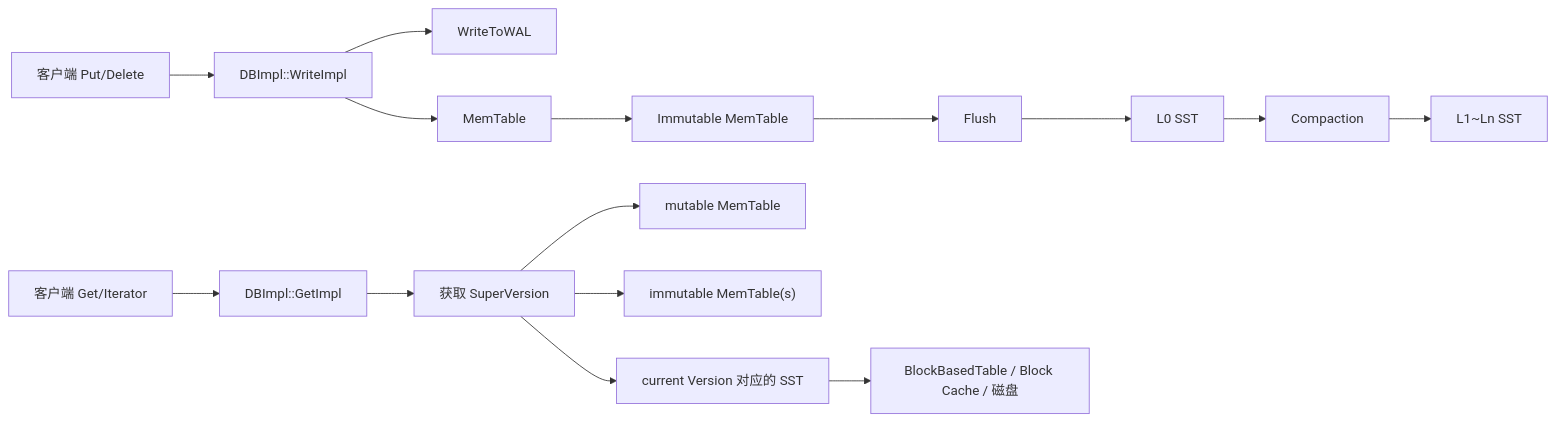
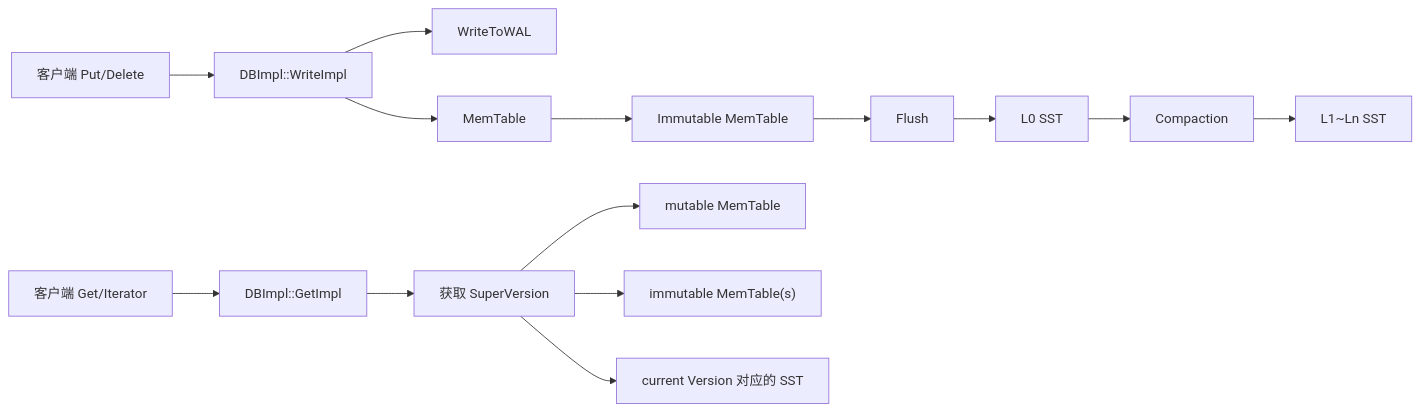
Before and after one commit to Dog-Du/Dog-Du.github.io: the first of 2 diagrams in content/posts/learning-rocksdb-day001-2026-04-01-architecture-and-lsm-tree.md, drawn with Mermaid. The commit also changed other lines of this file and 3 other files, not shown here.

````diff
--- a/content/posts/learning-rocksdb-day001-2026-04-01-architecture-and-lsm-tree.md
+++ b/content/posts/learning-rocksdb-day001-2026-04-01-architecture-and-lsm-tree.md
@@ -75,18 +58,17 @@
 ```mermaid
 flowchart LR
     A["客户端 Put/Delete"] --> B["DBImpl::WriteImpl"]
     B --> C["WriteToWAL"]
     B --> D["MemTable"]
     D --> E["Immutable MemTable"]
     E --> F["Flush"]
     F --> G["L0 SST"]
     G --> H["Compaction"]
     H --> I["L1~Ln SST"]
 
     J["客户端 Get/Iterator"] --> K["DBImpl::GetImpl"]
     K --> L["获取 SuperVersion"]
     L --> M["mutable MemTable"]
     L --> N["immutable MemTable(s)"]
     L --> O["current Version 对应的 SST"]
-    O --> P["BlockBasedTable / Block Cache / 磁盘"]
 ```
````
